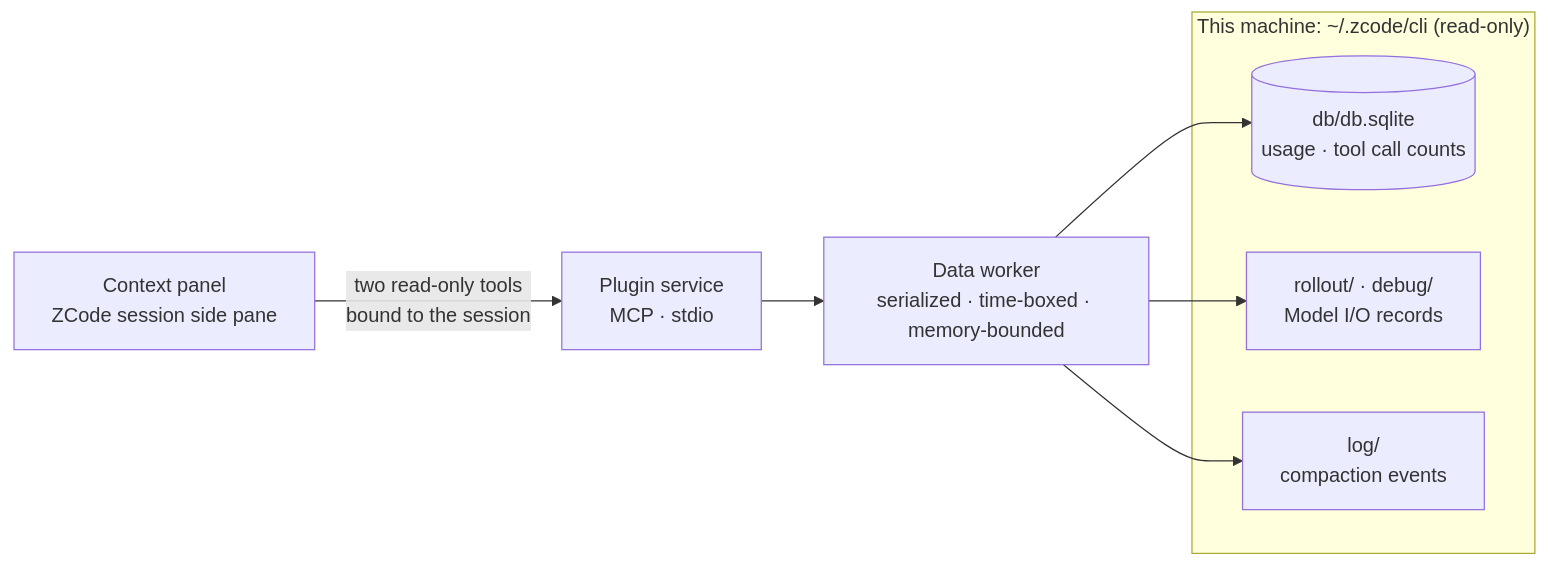
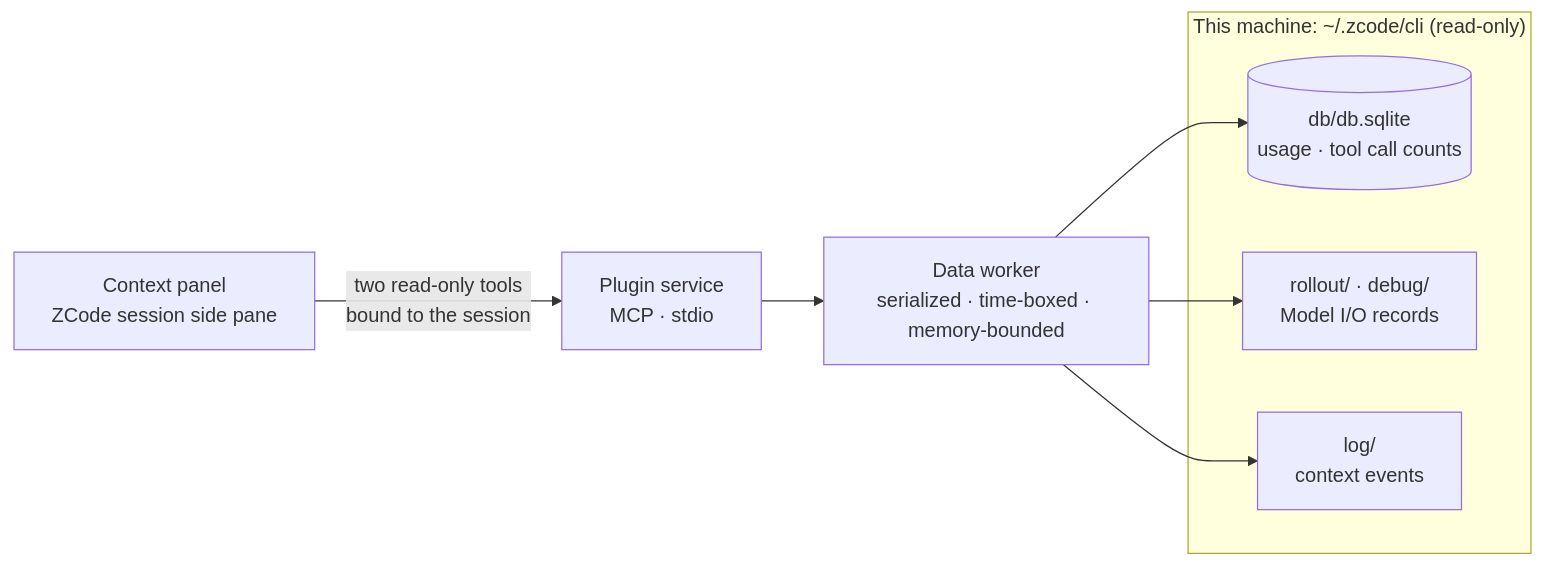
One commit to Kevinzzz6/zcode-context changed the diagram in README.en.md. Above: the diagram before and after it, drawn with Mermaid. The commit also changed other lines of this file and 3 other files, not shown here.

Commit message:
Document context events and why injections are not listed

````diff
--- a/README.en.md
+++ b/README.en.md
@@ -190,15 +190,15 @@
 ```mermaid
 flowchart LR
   panel["Context panel<br/>ZCode session side pane"]
   server["Plugin service<br/>MCP · stdio"]
   worker["Data worker<br/>serialized · time-boxed · memory-bounded"]
   subgraph local["This machine: ~/.zcode/cli (read-only)"]
     db[("db/db.sqlite<br/>usage · tool call counts")]
     traj["rollout/ · debug/<br/>Model I/O records"]
-    log["log/<br/>compaction events"]
+    log["log/<br/>context events"]
   end
   panel -- "two read-only tools<br/>bound to the session" --> server --> worker
   worker --> db
   worker --> traj
   worker --> log
 ```
````
